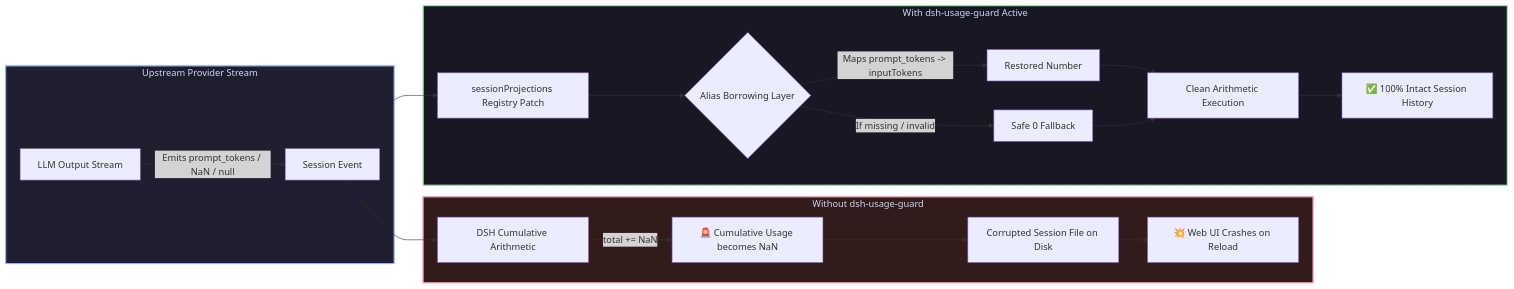
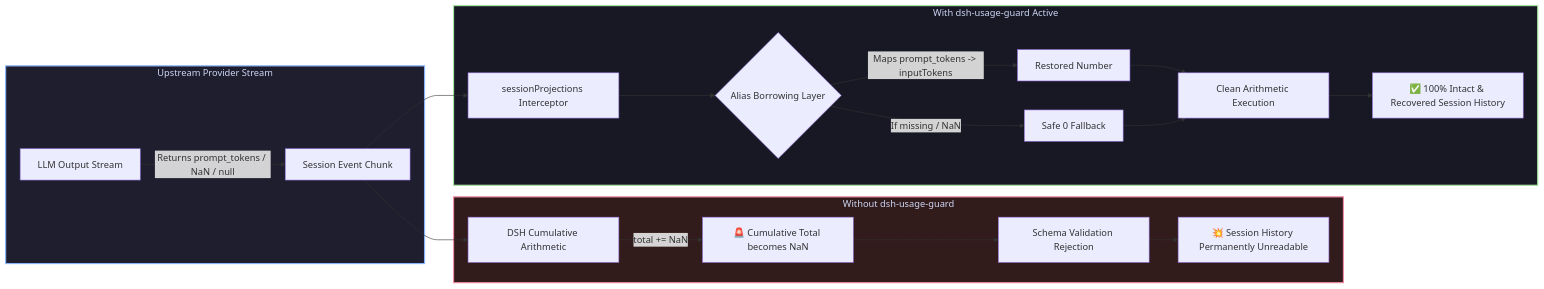
The diagram in README.md (GooDAnDReaDY/dsh-usage-guard), drawn with Mermaid before and after one commit. The commit also changed other lines of this file and 2 other files, not shown here.

Commit message:
docs: expand dsh-usage-guard with full code snippets, failure signatures, alias tables & instant replay recovery

````diff
--- a/README.md
+++ b/README.md
@@ -41,27 +46,27 @@
 ```mermaid
 graph LR
     subgraph Malformed [Upstream Provider Stream]
-        API[LLM Output Stream] -->|Emits prompt_tokens / NaN / null| Event[Session Event]
+        API[LLM Output Stream] -->|Returns prompt_tokens / NaN / null| Event[Session Event Chunk]
     end
 
     subgraph Unprotected [Without dsh-usage-guard]
         Event --> DSHMath[DSH Cumulative Arithmetic]
-        DSHMath -->|total += NaN| Poison[🚨 Cumulative Usage becomes NaN]
-        Poison --> DiskDead[Corrupted Session File on Disk]
-        DiskDead --> Crash[💥 Web UI Crashes on Reload]
+        DSHMath -->|total += NaN| Poison[🚨 Cumulative Total becomes NaN]
+        Poison --> SchemaFail[Schema Validation Rejection]
+        SchemaFail --> DeadHistory[💥 Session History Permanently Unreadable]
     end
 
     subgraph Guarded [With dsh-usage-guard Active]
-        Event --> Interceptor[sessionProjections Registry Patch]
-        Interceptor --> AliasCheck{Alias Borrowing Layer}
+        Event --> Patch[sessionProjections Interceptor]
+        Patch --> AliasCheck{Alias Borrowing Layer}
         AliasCheck -->|Maps prompt_tokens -> inputTokens| Restored[Restored Number]
-        AliasCheck -->|If missing / invalid| Zero[Safe 0 Fallback]
+        AliasCheck -->|If missing / NaN| ZeroFallback[Safe 0 Fallback]
         Restored --> SafeMath[Clean Arithmetic Execution]
-        Zero --> SafeMath
-        SafeMath --> SafeDisk[✅ 100% Intact Session History]
+        ZeroFallback --> SafeMath
+        SafeMath --> ValidHistory[✅ 100% Intact & Recovered Session History]
     end
 
     style Malformed fill:#1e1e2e,stroke:#89b4fa,stroke-width:2px,color:#cdd6f4
     style Unprotected fill:#311b1b,stroke:#f38ba8,stroke-width:2px,color:#cdd6f4
     style Guarded fill:#181825,stroke:#a6e3a1,stroke-width:2px,color:#cdd6f4
 ```
````
